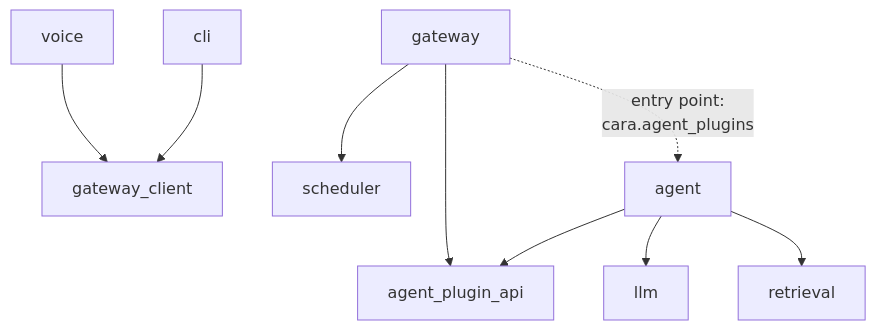
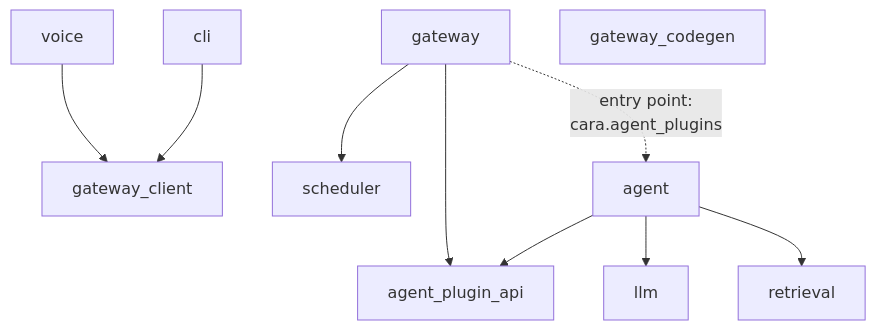
The second of 2 diagrams in README.md (mathisarends/cara), drawn with Mermaid before and after one commit. The commit also changed other lines of this file and 35 other files, not shown here.

````diff
--- a/README.md
+++ b/README.md
@@ -86,17 +87,18 @@
 ```mermaid
 flowchart TD
     voice --> gateway_client
     cli --> gateway_client
     gateway --> agent_plugin_api
     gateway --> scheduler
     agent --> agent_plugin_api
     agent --> llm
     agent --> retrieval
     gateway -.->|"entry point:<br/>cara.agent_plugins"| agent
 
     gateway_client
+    gateway_codegen
     agent_plugin_api
     scheduler
     llm
     retrieval
 ```
````
